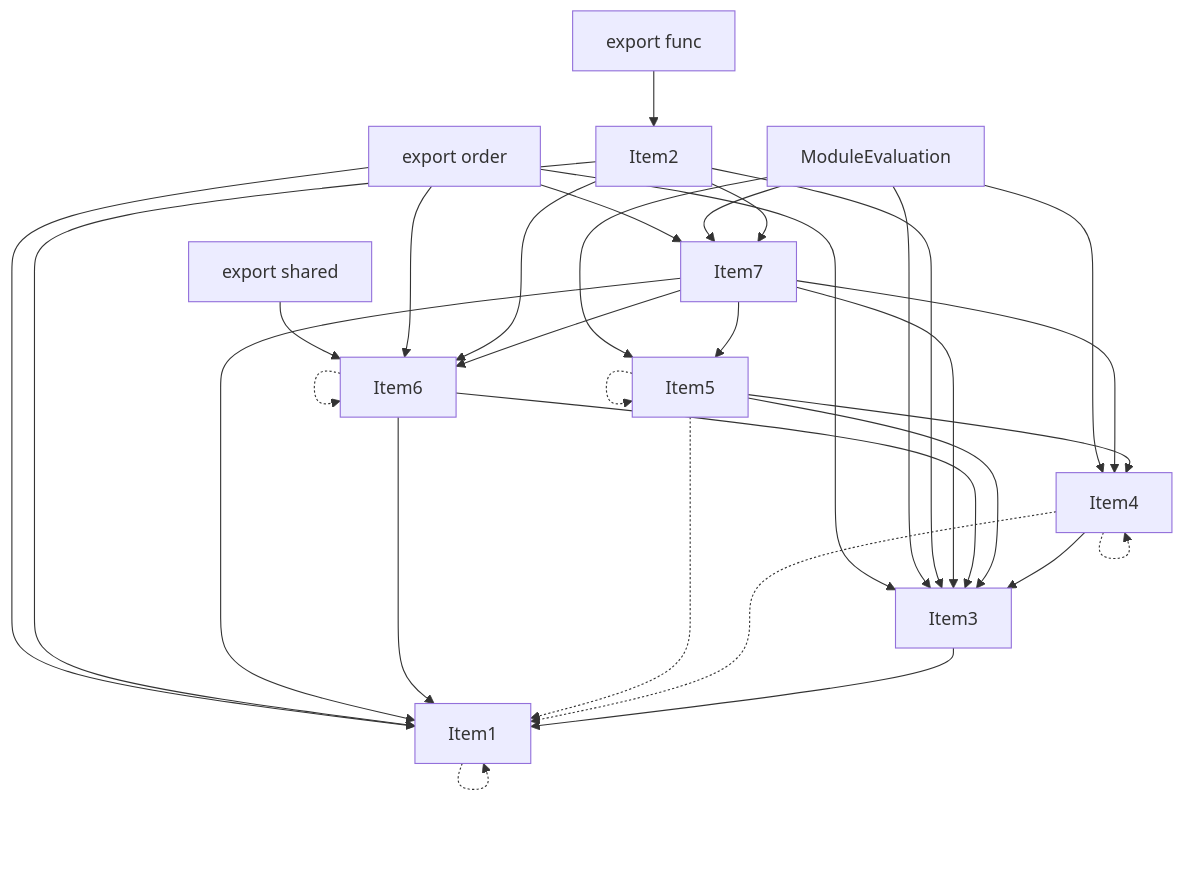
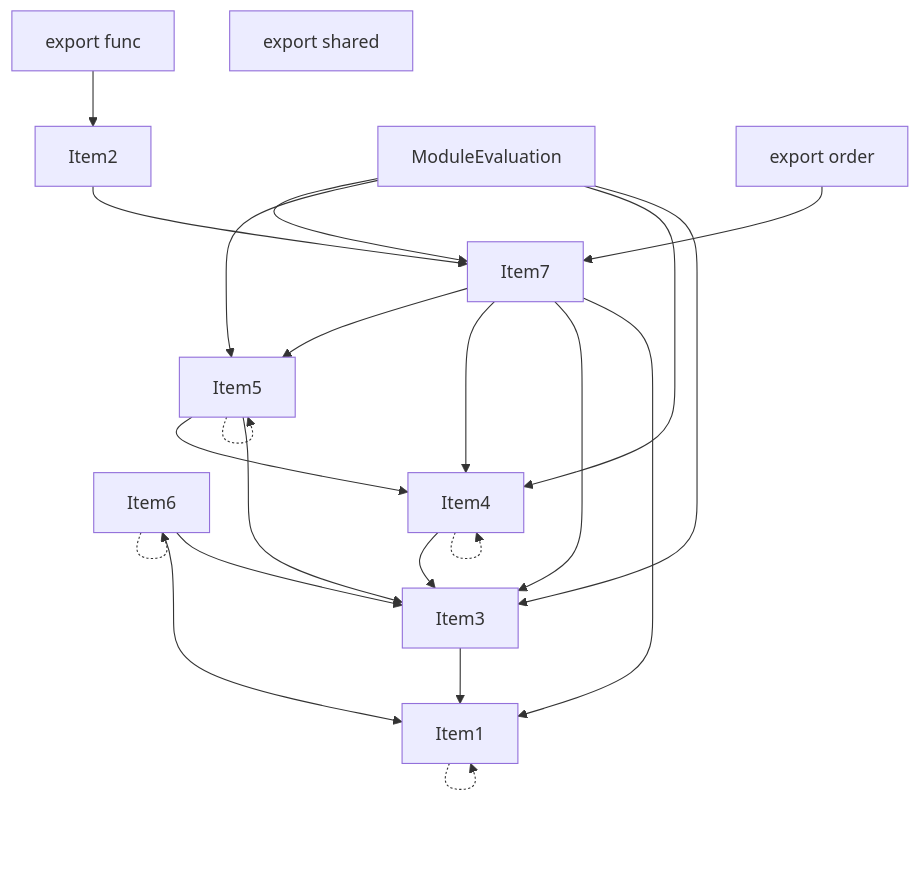
One commit to vercel/turborepo changed the fourth of 5 diagrams in crates/turbopack-ecmascript/tests/tree-shaker/analyzer/write-order/output.md. Above: the diagram before and after it, drawn with Mermaid. The commit also changed other lines of this file and 20 other files, not shown here.

````diff
--- a/crates/turbopack-ecmascript/tests/tree-shaker/analyzer/write-order/output.md
+++ b/crates/turbopack-ecmascript/tests/tree-shaker/analyzer/write-order/output.md
@@ -183,49 +174,39 @@
 ```mermaid
 graph TD
     Item1;
     Item2;
     Item3;
     Item4;
     Item5;
     Item6;
     Item7;
     Item8;
     Item8["ModuleEvaluation"];
     Item9;
     Item9["export order"];
     Item10;
     Item10["export func"];
     Item11;
     Item11["export shared"];
     Item1 -.-> Item1;
     Item3 --> Item1;
     Item4 -.-> Item4;
     Item4 --> Item3;
-    Item4 -.-> Item1;
     Item5 -.-> Item5;
     Item5 --> Item3;
     Item5 --> Item4;
-    Item5 -.-> Item1;
+    Item6 --> Item3;
     Item6 --> Item1;
-    Item6 --> Item3;
     Item6 -.-> Item6;
     Item7 --> Item1;
     Item7 --> Item3;
-    Item7 --> Item6;
     Item7 --> Item4;
     Item7 --> Item5;
-    Item2 --> Item1;
-    Item2 --> Item3;
-    Item2 --> Item6;
     Item2 --> Item7;
     Item8 --> Item3;
     Item8 --> Item4;
     Item8 --> Item5;
     Item8 --> Item7;
-    Item9 --> Item1;
-    Item9 --> Item3;
-    Item9 --> Item6;
     Item9 --> Item7;
     Item10 --> Item2;
-    Item11 --> Item6;
 ```
````
